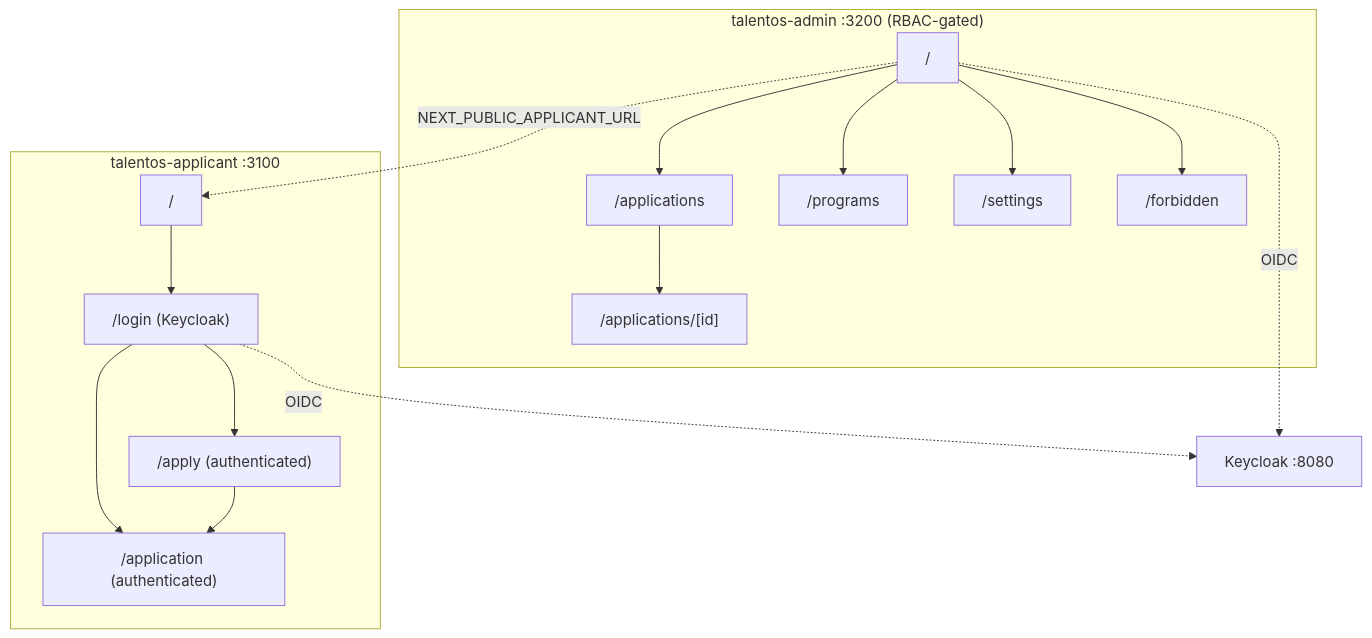
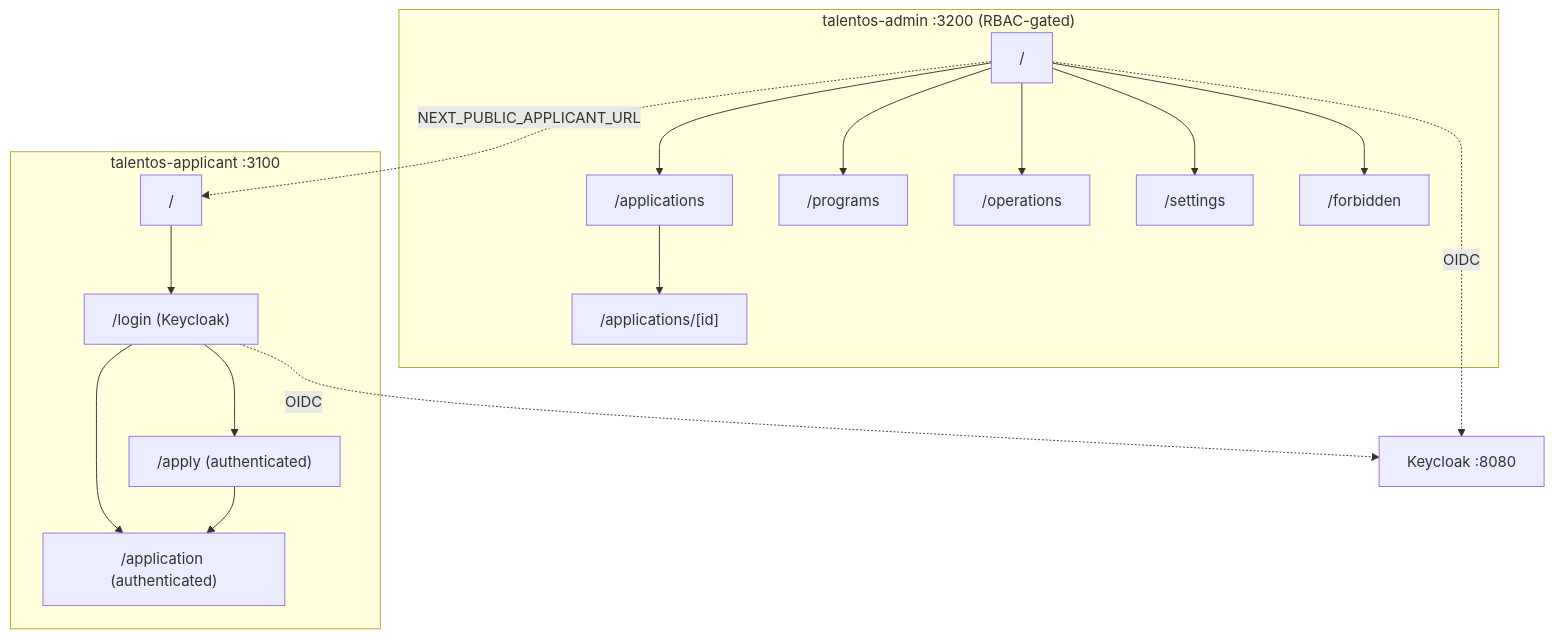
The third of 3 diagrams in docs/Architecture.md (karimjindani/talentOS), drawn with Mermaid before and after one commit. The commit also changed other lines of this file and 21 other files, not shown here.

Commit message:
Add v0.8.0 admin operations page

````diff
--- a/docs/Architecture.md
+++ b/docs/Architecture.md
@@ -85,19 +85,20 @@
 ```mermaid
 flowchart TD
     subgraph Applicant["talentos-applicant :3100"]
       Landing["/"] --> Login["/login (Keycloak)"]
       Login --> Apply["/apply (authenticated)"]
       Login --> Application["/application (authenticated)"]
       Apply --> Application
     end
     Login -. OIDC .-> KC["Keycloak :8080"]
     subgraph AdminC["talentos-admin :3200 (RBAC-gated)"]
       AdminHome["/"] --> Applications["/applications"]
       Applications --> Detail["/applications/[id]"]
       AdminHome --> Programs["/programs"]
+      AdminHome --> Operations["/operations"]
       AdminHome --> Settings["/settings"]
       AdminHome --> Forbidden["/forbidden"]
     end
     AdminHome -. OIDC .-> KC
     AdminHome -. NEXT_PUBLIC_APPLICANT_URL .-> Landing
 ```
````
